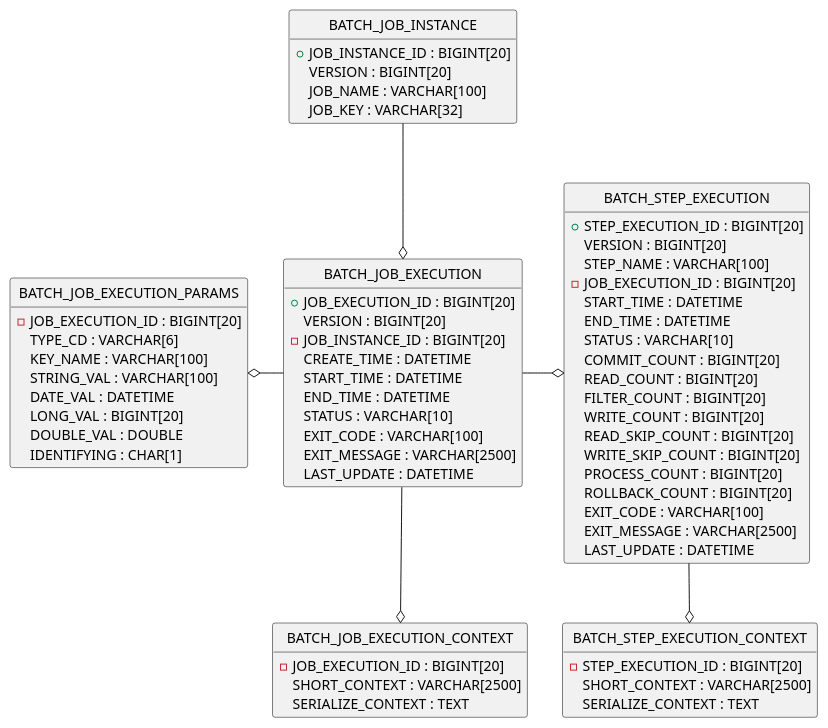
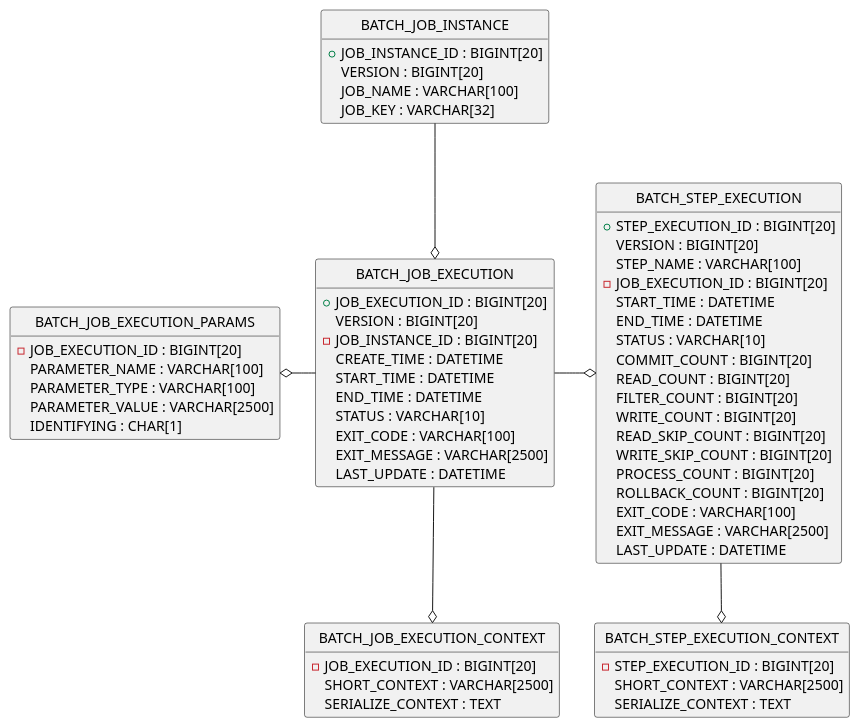
The diagram in src/main/asciidoc/images/ch02/SpringBatchArchitecture/Ch02_SpringBatchArchitecture_Architecture_ER.pu (Macchinetta/batch-guideline), drawn with PlantUML before and after one commit. The commit also changed 68 other files, not shown here.

```diff
--- a/src/main/asciidoc/images/ch02/SpringBatchArchitecture/Ch02_SpringBatchArchitecture_Architecture_ER.pu
+++ b/src/main/asciidoc/images/ch02/SpringBatchArchitecture/Ch02_SpringBatchArchitecture_Architecture_ER.pu
@@ -1,108 +1,105 @@
 @startuml
 
 hide class circle
 hide empty methods
 
 class BATCH_JOB_INSTANCE {
   + JOB_INSTANCE_ID : BIGINT[20]
   VERSION : BIGINT[20]
   JOB_NAME : VARCHAR[100]
   JOB_KEY : VARCHAR[32]
 }
 
 class BATCH_JOB_EXECUTION {
   + JOB_EXECUTION_ID : BIGINT[20]
   VERSION : BIGINT[20]
   - JOB_INSTANCE_ID : BIGINT[20]
   CREATE_TIME : DATETIME
   START_TIME : DATETIME
   END_TIME : DATETIME
   STATUS : VARCHAR[10]
   EXIT_CODE : VARCHAR[100]
   EXIT_MESSAGE : VARCHAR[2500]
   LAST_UPDATE : DATETIME
 }
 
 class BATCH_JOB_EXECUTION_PARAMS {
   - JOB_EXECUTION_ID : BIGINT[20]
-  TYPE_CD : VARCHAR[6]
-  KEY_NAME : VARCHAR[100]
-  STRING_VAL : VARCHAR[100]
-  DATE_VAL : DATETIME
-  LONG_VAL : BIGINT[20]
-  DOUBLE_VAL : DOUBLE
+  PARAMETER_NAME : VARCHAR[100]
+  PARAMETER_TYPE : VARCHAR[100]
+  PARAMETER_VALUE : VARCHAR[2500]
   IDENTIFYING : CHAR[1]
 }
 class BATCH_JOB_EXECUTION_CONTEXT {
   - JOB_EXECUTION_ID : BIGINT[20]
   SHORT_CONTEXT : VARCHAR[2500]
   SERIALIZE_CONTEXT : TEXT
 }
 
 class BATCH_STEP_EXECUTION {
   + STEP_EXECUTION_ID : BIGINT[20]
   VERSION : BIGINT[20]
   STEP_NAME : VARCHAR[100]
   - JOB_EXECUTION_ID : BIGINT[20]
   START_TIME : DATETIME
   END_TIME : DATETIME
   STATUS : VARCHAR[10]
   COMMIT_COUNT : BIGINT[20]
   READ_COUNT : BIGINT[20]
   FILTER_COUNT : BIGINT[20]
   WRITE_COUNT : BIGINT[20]
   READ_SKIP_COUNT : BIGINT[20]
   WRITE_SKIP_COUNT : BIGINT[20]
   PROCESS_COUNT : BIGINT[20]
   ROLLBACK_COUNT : BIGINT[20]
   EXIT_CODE : VARCHAR[100]
   EXIT_MESSAGE : VARCHAR[2500]
   LAST_UPDATE : DATETIME
 }
 
 class BATCH_STEP_EXECUTION_CONTEXT {
   - STEP_EXECUTION_ID : BIGINT[20]
   SHORT_CONTEXT : VARCHAR[2500]
   SERIALIZE_CONTEXT : TEXT
 }
 
 
 BATCH_JOB_INSTANCE --o BATCH_JOB_EXECUTION
 BATCH_JOB_EXECUTION -left-o BATCH_JOB_EXECUTION_PARAMS
 BATCH_JOB_EXECUTION --o BATCH_JOB_EXECUTION_CONTEXT
 BATCH_JOB_EXECUTION -right-o BATCH_STEP_EXECUTION
 BATCH_STEP_EXECUTION --o BATCH_STEP_EXECUTION_CONTEXT
 
 'Set styles such as format and color of each figure
 skinparam Note {
   BackgroundColor #b1f8fa
   BorderColor black
 }
 
 skinparam Class {
   BorderColor black
   ArrowColor black
 }
 
 skinparam Sequence {
   BorderColor black
   ActorBorderColor black
   ArrowColor black
   LifeLineBorderColor black
   BoxLineColor black
   ParticipantBorderColor black
 }
 
 skinparam componentStyle uml2
 
 skinparam Component {
   BorderColor black
   ArrowColor black
 }
 
 skinparam Interface {
   BorderColor black
   ArrowColor black
 }
 
 @enduml
```
